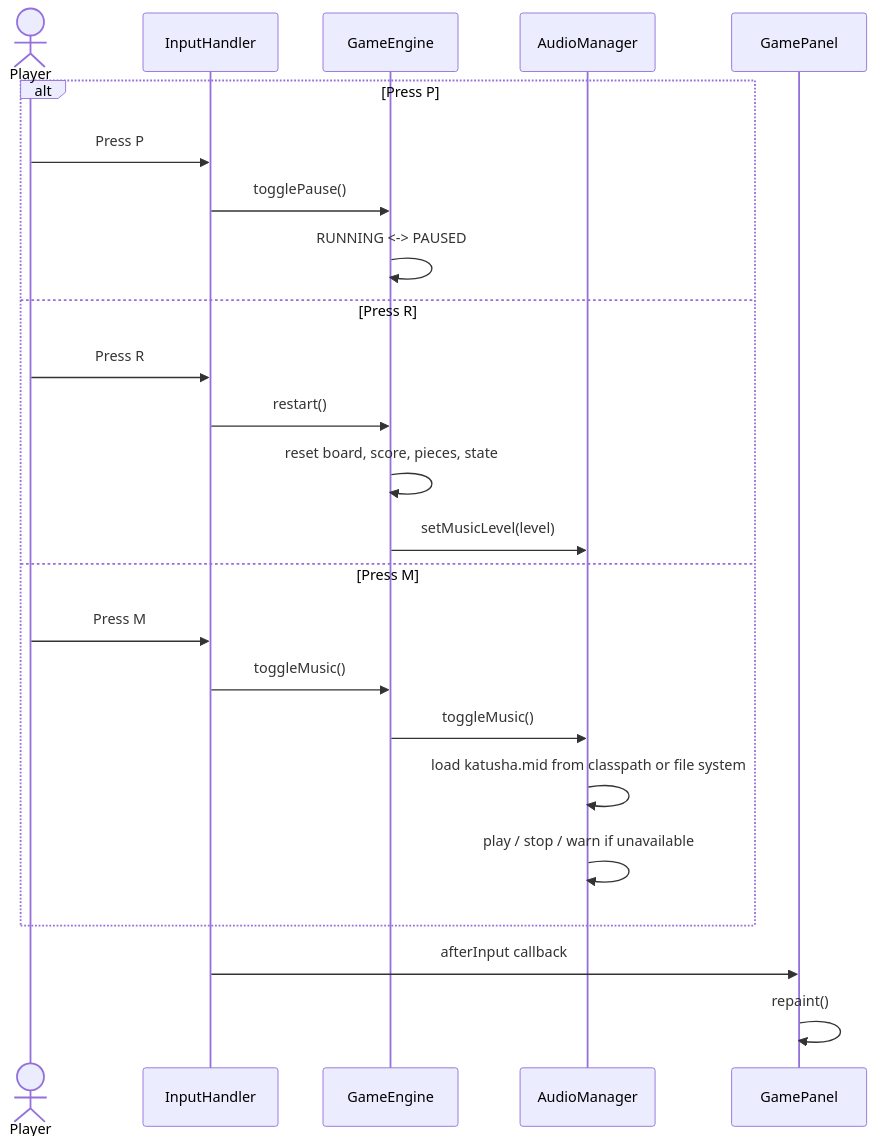
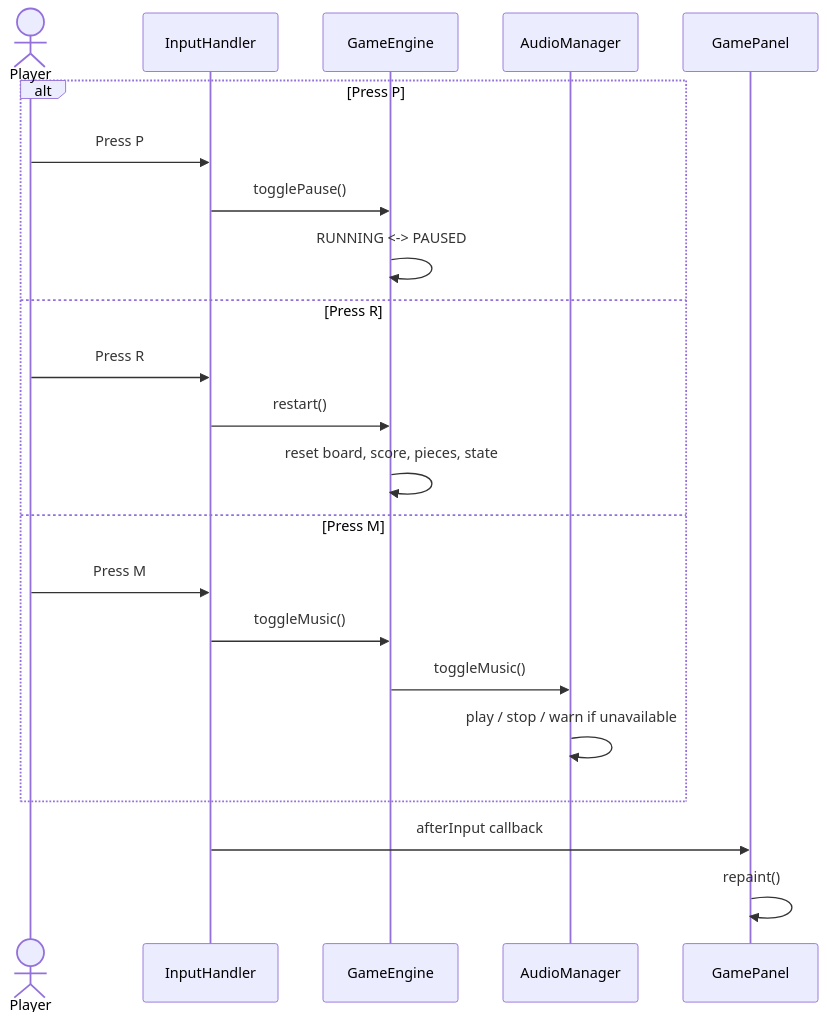
The sixth of 6 diagrams in docs/uml-class-design.md (sheng-luen-chung/java-swing-tetris), drawn with Mermaid before and after one commit. The commit also changed other lines of this file, not shown here.

Commit message:
更新 UML 文件至 Version 3 設計

````diff
--- a/docs/uml-class-design.md
+++ b/docs/uml-class-design.md
@@ -331,28 +316,26 @@
 ```mermaid
 sequenceDiagram
     actor Player
     participant InputHandler
     participant GameEngine
     participant AudioManager
     participant GamePanel
 
     alt Press P
         Player->>InputHandler: Press P
         InputHandler->>GameEngine: togglePause()
         GameEngine->>GameEngine: RUNNING <-> PAUSED
     else Press R
         Player->>InputHandler: Press R
         InputHandler->>GameEngine: restart()
         GameEngine->>GameEngine: reset board, score, pieces, state
-        GameEngine->>AudioManager: setMusicLevel(level)
     else Press M
         Player->>InputHandler: Press M
         InputHandler->>GameEngine: toggleMusic()
         GameEngine->>AudioManager: toggleMusic()
-        AudioManager->>AudioManager: load katusha.mid from classpath or file system
         AudioManager->>AudioManager: play / stop / warn if unavailable
     end
 
     InputHandler->>GamePanel: afterInput callback
     GamePanel->>GamePanel: repaint()
 ```
````
